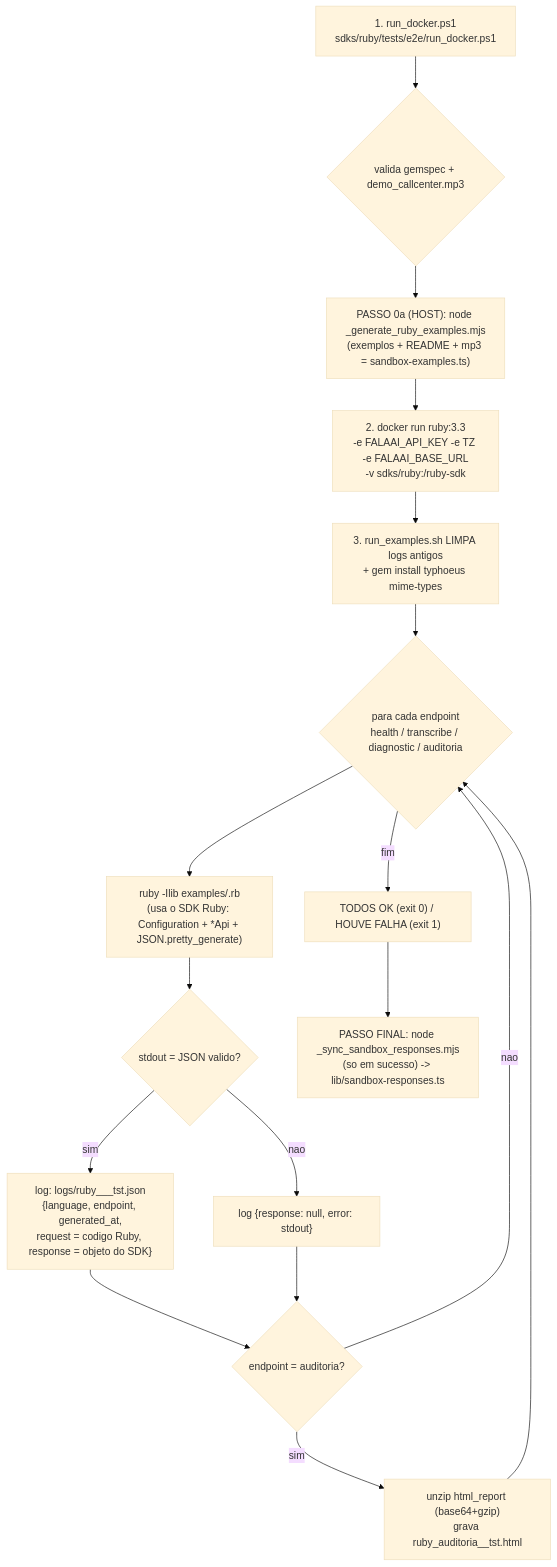
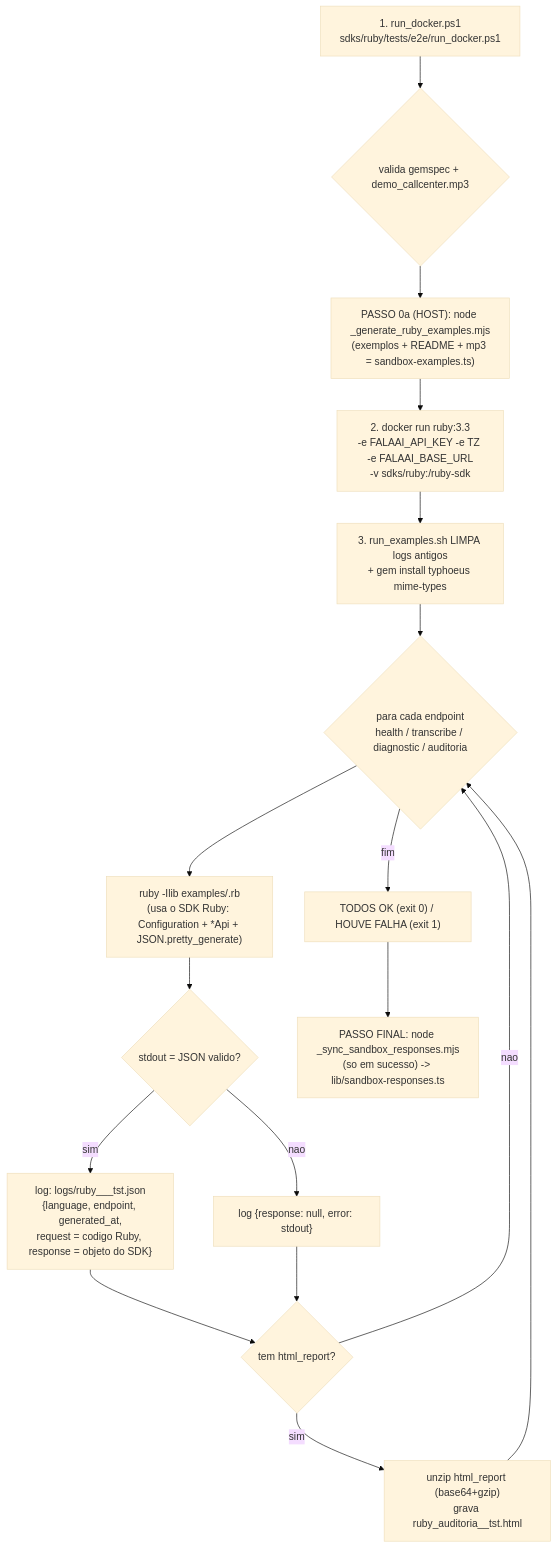
Before and after one commit to ActionTecBr/falaai-api-ruby: the diagram in examples/_FLUXO_TESTE_SDK_RUBY.md, drawn with Mermaid (base theme). The commit also changed other lines of this file and 117 other files, not shown here.

````diff
--- a/examples/_FLUXO_TESTE_SDK_RUBY.md
+++ b/examples/_FLUXO_TESTE_SDK_RUBY.md
@@ -28,19 +28,19 @@
 ```mermaid
 flowchart TD
     A["1. run_docker.ps1<br/>sdks/ruby/tests/e2e/run_docker.ps1"] --> B{"valida gemspec + demo_callcenter.mp3"}
     B --> P0["PASSO 0a (HOST): node _generate_ruby_examples.mjs<br/>(exemplos + README + mp3 = sandbox-examples.ts)"]
     P0 --> C["2. docker run ruby:3.3<br/>-e FALAAI_API_KEY -e TZ -e FALAAI_BASE_URL<br/>-v sdks/ruby:/ruby-sdk"]
     C --> D["3. run_examples.sh LIMPA logs antigos<br/>+ gem install typhoeus mime-types"]
     D --> E{"para cada endpoint<br/>health / transcribe / diagnostic / auditoria"}
     E --> F["ruby -Ilib examples/<f>.rb<br/>(usa o SDK Ruby: Configuration + *Api + JSON.pretty_generate)"]
     F --> G{"stdout = JSON valido?"}
     G -- "sim" --> H["log: logs/ruby_<endpoint>_<ts>_tst.json<br/>{language, endpoint, generated_at,<br/>request = codigo Ruby, response = objeto do SDK}"]
     G -- "nao" --> I["log {response: null, error: stdout}"]
-    H --> J{"endpoint = auditoria?"}
+    H --> J{"tem html_report?"}
     I --> J
     J -- "sim" --> K["unzip html_report (base64+gzip)<br/>grava ruby_auditoria_<ts>_tst.html"]
     J -- "nao" --> E
     K --> E
     E -- "fim" --> L["TODOS OK (exit 0) / HOUVE FALHA (exit 1)"]
     L --> M["PASSO FINAL: node _sync_sandbox_responses.mjs<br/>(so em sucesso) -> lib/sandbox-responses.ts"]
 ```
````
